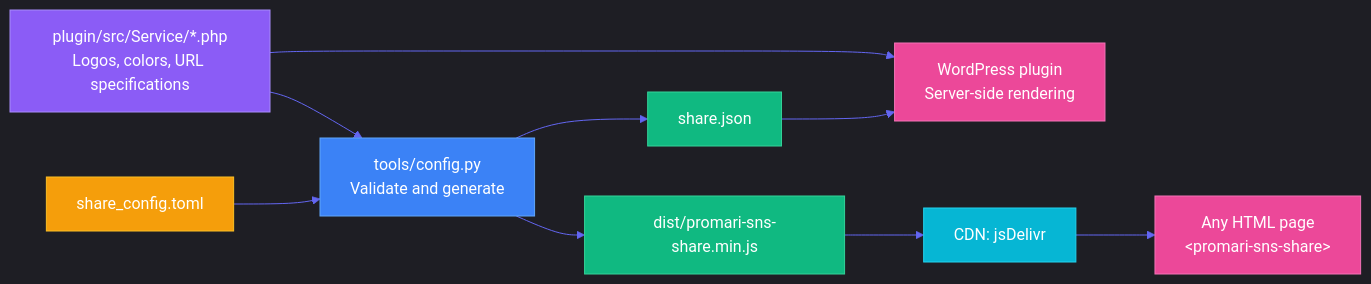
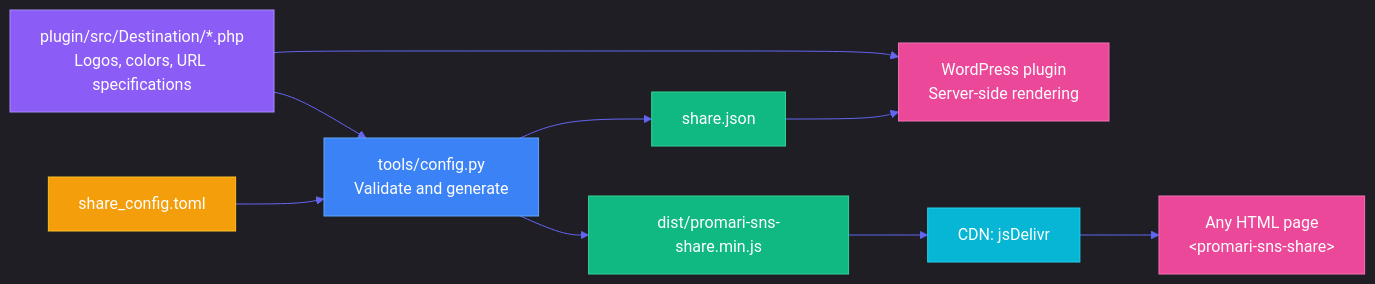
One commit to tamito0201/promari-toolkit changed the first of 2 diagrams in plugins/promari-sns-share/docs/architecture.md. Above: the diagram before and after it, drawn with Mermaid. The commit also changed other lines of this file and 97 other files, not shown here.

````diff
--- a/plugins/promari-sns-share/docs/architecture.md
+++ b/plugins/promari-sns-share/docs/architecture.md
@@ -6,20 +6,20 @@
 ```mermaid
 %%{init: {"theme":"dark", "themeVariables": {"primaryColor":"#3B82F6","primaryTextColor":"#fff","primaryBorderColor":"#60A5FA","lineColor":"#6366F1","secondaryColor":"#10B981","tertiaryColor":"#EC4899"}}}%%
 flowchart LR
     T["share_config.toml"] --> G["tools/config.py<br>Validate and generate"]
-    P["plugin/src/Service/*.php<br>Logos, colors, URL specifications"] --> G
+    P["plugin/src/Destination/*.php<br>Logos, colors, URL specifications"] --> G
     G --> J["share.json"]
     G --> D["dist/promari-sns-share.min.js"]
     J --> W["WordPress plugin<br>Server-side rendering"]
     P --> W
     D --> C["CDN: jsDelivr"]
     C --> H["Any HTML page<br>&lt;promari-sns-share&gt;"]
     style T fill:#F59E0B,stroke:#FBBF24,color:#fff
     style P fill:#8B5CF6,stroke:#A78BFA,color:#fff
     style G fill:#3B82F6,stroke:#60A5FA,color:#fff
     style J fill:#10B981,stroke:#34D399,color:#fff
     style D fill:#10B981,stroke:#34D399,color:#fff
     style W fill:#EC4899,stroke:#F472B6,color:#fff
     style C fill:#06B6D4,stroke:#22D3EE,color:#fff
     style H fill:#EC4899,stroke:#F472B6,color:#fff
 ```
````
